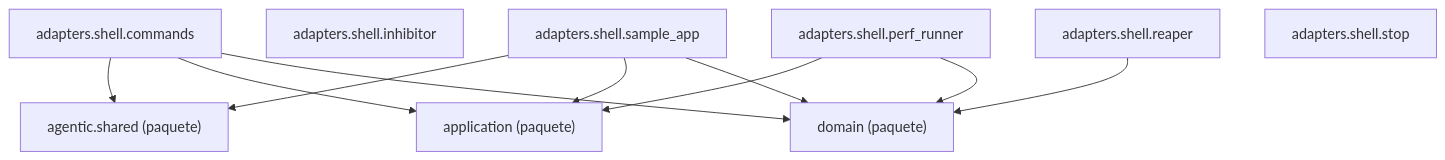
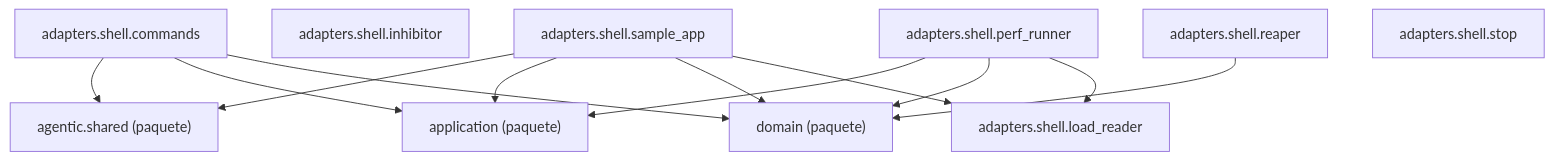
The diagram in docs/architecture/generated/packages-process-adapters-shell.md (GonzaloZevallos/agentic-system), drawn with Mermaid before and after one commit. The commit also changed 16 other files, not shown here.

First line of the commit message:
Say a sample app whose wait lapsed as NotReady, apart from a command that failed

````diff
--- a/docs/architecture/generated/packages-process-adapters-shell.md
+++ b/docs/architecture/generated/packages-process-adapters-shell.md
@@ -14,21 +14,24 @@
 ```mermaid
 graph TD
     g_pkg__agentic__shared["agentic.shared (paquete)"]
     g_pkg__application["application (paquete)"]
     g_pkg__domain["domain (paquete)"]
     m_adapters__shell__commands["adapters.shell.commands"]
     m_adapters__shell__inhibitor["adapters.shell.inhibitor"]
+    m_adapters__shell__load_reader["adapters.shell.load_reader"]
     m_adapters__shell__perf_runner["adapters.shell.perf_runner"]
     m_adapters__shell__reaper["adapters.shell.reaper"]
     m_adapters__shell__sample_app["adapters.shell.sample_app"]
     m_adapters__shell__stop["adapters.shell.stop"]
     m_adapters__shell__commands --> g_pkg__agentic__shared
     m_adapters__shell__commands --> g_pkg__application
     m_adapters__shell__commands --> g_pkg__domain
     m_adapters__shell__perf_runner --> g_pkg__application
     m_adapters__shell__perf_runner --> g_pkg__domain
+    m_adapters__shell__perf_runner --> m_adapters__shell__load_reader
     m_adapters__shell__reaper --> g_pkg__domain
     m_adapters__shell__sample_app --> g_pkg__agentic__shared
     m_adapters__shell__sample_app --> g_pkg__application
     m_adapters__shell__sample_app --> g_pkg__domain
+    m_adapters__shell__sample_app --> m_adapters__shell__load_reader
 ```
````
